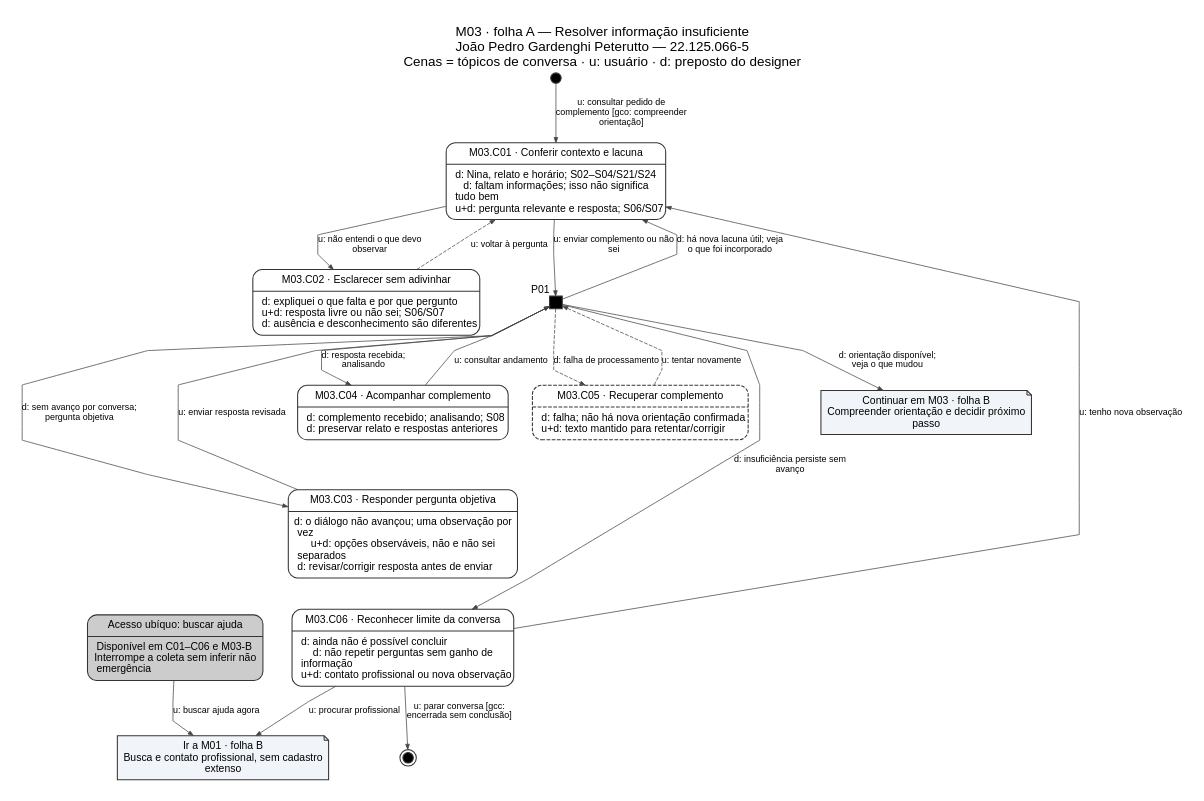
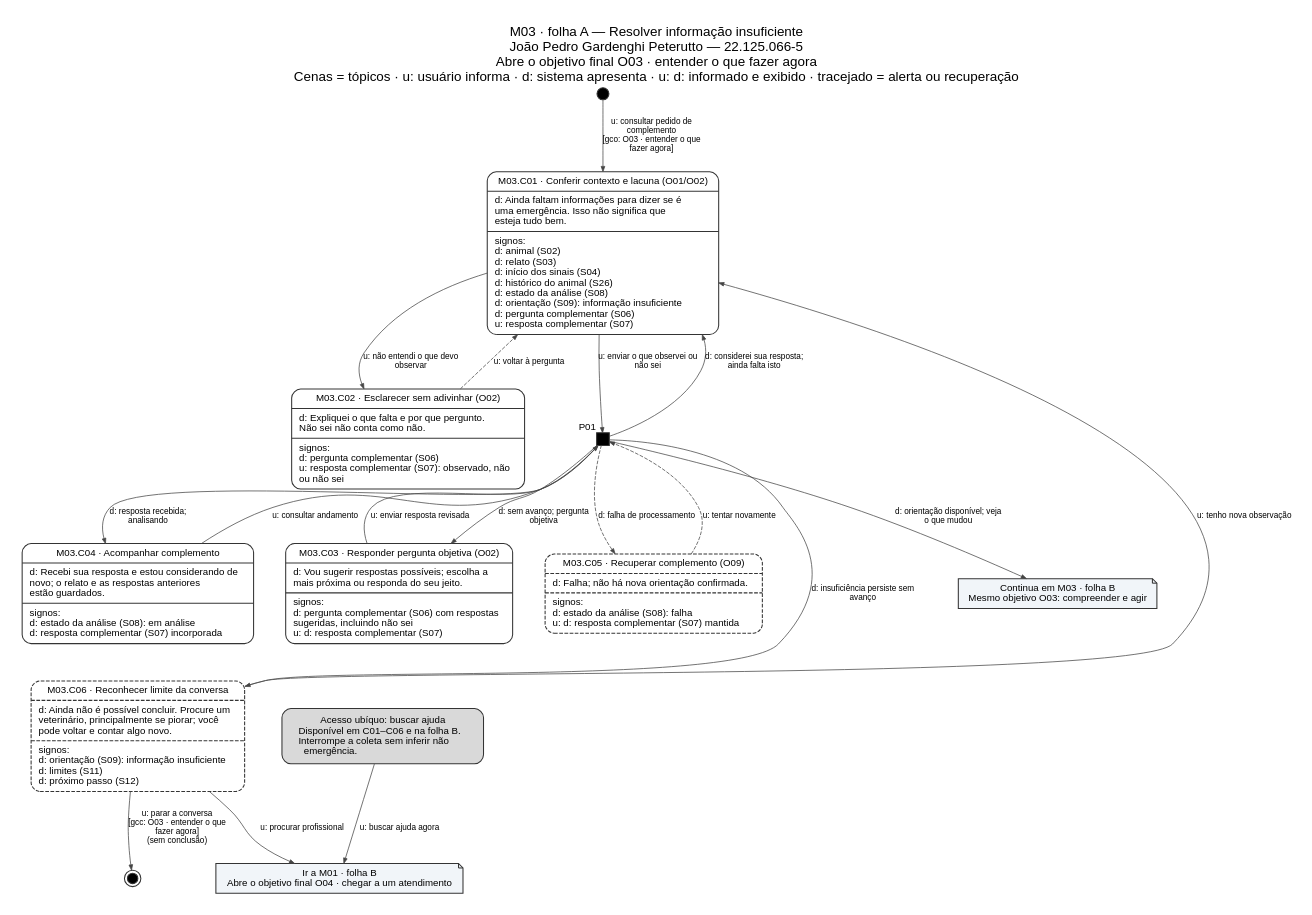
The diagram in assets/10_molic/molic_m03.dot (Ryu2525/INTERFACE-HUMANO-COMPUTADOR), drawn with Graphviz before and after one commit. The commit also changed 16 other files, not shown here.

```diff
--- a/assets/10_molic/molic_m03.dot
+++ b/assets/10_molic/molic_m03.dot
@@ -1,35 +1,36 @@
 digraph molic {
-graph [rankdir=TB, bgcolor="white", pad="0.3", nodesep="0.45", ranksep="0.55", splines=polyline, fontname="Arial", fontsize=18, labelloc=t, label="M03 · folha A — Resolver informação insuficiente\nJoão Pedro Gardenghi Peterutto — 22.125.066-5\nCenas = tópicos de conversa · u: usuário · d: preposto do designer"];
-node [fontname="Arial", fontsize=14, color="#343434", penwidth=1.4, margin="0.16,0.10"];
-edge [fontname="Arial", fontsize=12, color="#454545", arrowsize=0.7];
-C01 [shape="Mrecord", label="{M03.C01 · Conferir contexto e lacuna|d: Nina, relato e horário; S02–S04/S21/S24\ld: faltam informações; isso não significa\ntudo bem\lu+d: pergunta relevante e resposta; S06/S07\l}", style="solid"];
-inicio [shape="circle", style="filled", fillcolor="black", width="0.20", height="0.20", fixedsize="true", label=""];
-C02 [shape="Mrecord", label="{M03.C02 · Esclarecer sem adivinhar|d: expliquei o que falta e por que pergunto\lu+d: resposta livre ou não sei; S06/S07\ld: ausência e desconhecimento são diferentes\l}", style="solid"];
-C03 [shape="Mrecord", label="{M03.C03 · Responder pergunta objetiva|d: o diálogo não avançou; uma observação por\nvez\lu+d: opções observáveis, não e não sei\nseparados\ld: revisar/corrigir resposta antes de enviar\l}", style="solid"];
-P01 [shape="square", style="filled", fillcolor="black", width="0.23", height="0.23", fixedsize="true", label="", xlabel="P01"];
-C04 [shape="Mrecord", label="{M03.C04 · Acompanhar complemento|d: complemento recebido; analisando; S08\ld: preservar relato e respostas anteriores\l}", style="solid"];
-C05 [shape="Mrecord", label="{M03.C05 · Recuperar complemento|d: falha; não há nova orientação confirmada\lu+d: texto mantido para retentar/corrigir\l}", style="dashed"];
-C06 [shape="Mrecord", label="{M03.C06 · Reconhecer limite da conversa|d: ainda não é possível concluir\ld: não repetir perguntas sem ganho de\ninformação\lu+d: contato profissional ou nova observação\l}", style="solid"];
-B [shape="note", style="filled", fillcolor="#f1f5f9", label="Continuar em M03 · folha B\nCompreender orientação e decidir próximo\npasso"];
-H [shape="note", style="filled", fillcolor="#f1f5f9", label="Ir a M01 · folha B\nBusca e contato profissional, sem cadastro\nextenso"];
-U [shape="Mrecord", label="{Acesso ubíquo: buscar ajuda|Disponível em C01–C06 e M03-B\lInterrompe a coleta sem inferir não\nemergência\l}", style="filled", fillcolor="#cccccc"];
+graph [rankdir=TB, bgcolor="white", pad="0.3", nodesep="0.6", ranksep="0.65", splines=true, fontname="Arial", fontsize=18, labelloc=t, label="M03 · folha A — Resolver informação insuficiente\nJoão Pedro Gardenghi Peterutto — 22.125.066-5\nAbre o objetivo final O03 · entender o que fazer agora\nCenas = tópicos · u: usuário informa · d: sistema apresenta · u: d: informado e exibido · tracejado = alerta ou recuperação"];
+node [fontname="Arial", fontsize=13, color="#343434", penwidth=1.4, margin="0.14,0.08"];
+edge [fontname="Arial", fontsize=11, color="#454545", arrowsize=0.7];
+inicio [shape="circle", style="filled", fillcolor="black", width="0.22", height="0.22", fixedsize="true", label=""];
+C01 [shape="Mrecord", style="solid", label="{M03.C01 · Conferir contexto e lacuna (O01/O02)|d: Ainda faltam informações para dizer se é\l   uma emergência. Isso não significa que\l   esteja tudo bem.\l|signos:\ld: animal (S02)\ld: relato (S03)\ld: início dos sinais (S04)\ld: histórico do animal (S26)\ld: estado da análise (S08)\ld: orientação (S09): informação insuficiente\ld: pergunta complementar (S06)\lu: resposta complementar (S07)\l}"];
+C02 [shape="Mrecord", style="solid", label="{M03.C02 · Esclarecer sem adivinhar (O02)|d: Expliquei o que falta e por que pergunto.\l   Não sei não conta como não.\l|signos:\ld: pergunta complementar (S06)\lu: resposta complementar (S07): observado, não\l      ou não sei\l}"];
+C03 [shape="Mrecord", style="solid", label="{M03.C03 · Responder pergunta objetiva (O02)|d: Vou sugerir respostas possíveis; escolha a\l   mais próxima ou responda do seu jeito.\l|signos:\ld: pergunta complementar (S06) com respostas\l      sugeridas, incluindo não sei\lu: d: resposta complementar (S07)\l}"];
+P01 [shape="square", style="filled", fillcolor="black", width="0.24", height="0.24", fixedsize="true", label="", xlabel="P01"];
+C04 [shape="Mrecord", style="solid", label="{M03.C04 · Acompanhar complemento|d: Recebi sua resposta e estou considerando de\l   novo; o relato e as respostas anteriores\l   estão guardados.\l|signos:\ld: estado da análise (S08): em análise\ld: resposta complementar (S07) incorporada\l}"];
+C05 [shape="Mrecord", style="dashed", label="{M03.C05 · Recuperar complemento (O09)|d: Falha; não há nova orientação confirmada.\l|signos:\ld: estado da análise (S08): falha\lu: d: resposta complementar (S07) mantida\l}"];
+C06 [shape="Mrecord", style="dashed", label="{M03.C06 · Reconhecer limite da conversa|d: Ainda não é possível concluir. Procure um\l   veterinário, principalmente se piorar; você\l   pode voltar e contar algo novo.\l|signos:\ld: orientação (S09): informação insuficiente\ld: limites (S11)\ld: próximo passo (S12)\l}"];
+U [shape="box", style="rounded,filled", fillcolor="#d9d9d9", fontsize=13, margin="0.3,0.12", label="Acesso ubíquo: buscar ajuda\nDisponível em C01–C06 e na folha B.\lInterrompe a coleta sem inferir não\l   emergência.\l"];
+B [shape="note", style="filled", fillcolor="#f1f5f9", fontsize=13, label="Continua em M03 · folha B\nMesmo objetivo O03: compreender e agir"];
+H [shape="note", style="filled", fillcolor="#f1f5f9", fontsize=13, label="Ir a M01 · folha B\nAbre o objetivo final O04 · chegar a um atendimento"];
 fim [shape="doublecircle", style="filled", fillcolor="black", width="0.20", height="0.20", fixedsize="true", label=""];
-C04 -> C03 -> C06 [style=invis, weight=100];
-inicio -> C01 [label="u: consultar pedido de\ncomplemento [gco: compreender\norientação]"];
+{rank=same; C05; C04; C03;}
+C04 -> C06 [style=invis, weight=40];
+inicio -> C01 [label="u: consultar pedido de\ncomplemento\n[gco: O03 · entender o que\nfazer agora]"];
 C01 -> C02 [label="u: não entendi o que devo\nobservar"];
 C02 -> C01 [label="u: voltar à pergunta", style="dashed"];
-C01 -> P01 [label="u: enviar complemento ou não\nsei"];
+C01 -> P01 [label="u: enviar o que observei ou\nnão sei"];
 P01 -> C04 [label="d: resposta recebida;\nanalisando"];
 C04 -> P01 [label="u: consultar andamento"];
-P01 -> C03 [label="d: sem avanço por conversa;\npergunta objetiva"];
+P01 -> C03 [label="d: sem avanço; pergunta\nobjetiva"];
 C03 -> P01 [label="u: enviar resposta revisada"];
-P01 -> C01 [label="d: há nova lacuna útil; veja\no que foi incorporado"];
+P01 -> C01 [label="d: considerei sua resposta;\nainda falta isto"];
 P01 -> C05 [label="d: falha de processamento", style="dashed"];
 C05 -> P01 [label="u: tentar novamente", style="dashed"];
 P01 -> C06 [label="d: insuficiência persiste sem\navanço"];
-P01 -> B [label="d: orientação disponível;\nveja o que mudou"];
+P01 -> B [label="d: orientação disponível; veja\no que mudou"];
 C06 -> C01 [label="u: tenho nova observação"];
 C06 -> H [label="u: procurar profissional"];
 U -> H [label="u: buscar ajuda agora"];
-C06 -> fim [label="u: parar conversa [gcc:\nencerrada sem conclusão]"];
+C06 -> fim [label="u: parar a conversa\n[gcc: O03 · entender o que\nfazer agora]\n(sem conclusão)"];
 }
```
